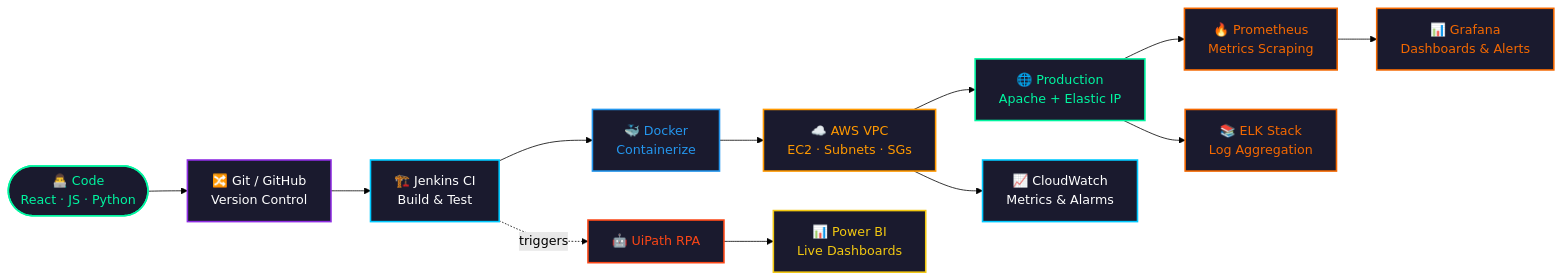
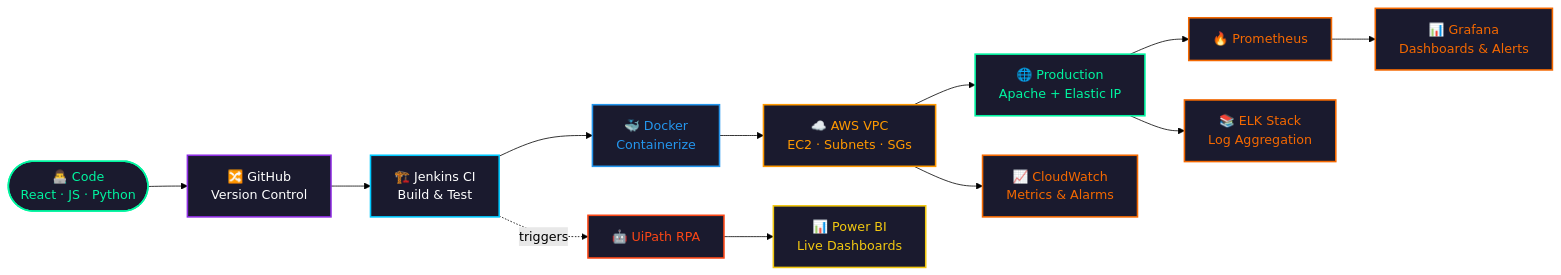
Before and after one commit to psgaikwad2003/psgaikwad2003: the diagram in README.md, drawn with Mermaid (forest theme). The commit also changed other lines of this file, not shown here.

````diff
--- a/README.md
+++ b/README.md
@@ -75,25 +82,22 @@
 ```mermaid
 flowchart LR
-    A(["👨‍💻 Code<br/>React · JS · Python"]):::dev --> B["🔀 Git / GitHub<br/>Version Control"]:::scm
-    B --> C["🏗️ Jenkins CI<br/>Build &amp; Test"]:::ci
+    A(["👨‍💻 Code<br/>React · JS · Python"]):::dev --> B["🔀 GitHub<br/>Version Control"]:::scm
+    B --> C["🏗️ Jenkins CI<br/>Build & Test"]:::ci
     C --> D["🐳 Docker<br/>Containerize"]:::docker
     D --> E["☁️ AWS VPC<br/>EC2 · Subnets · SGs"]:::cloud
     E --> F["🌐 Production<br/>Apache + Elastic IP"]:::prod
-    E --> G["📈 CloudWatch<br/>Metrics &amp; Alarms"]:::mon
-    F --> J["🔥 Prometheus<br/>Metrics Scraping"]:::obs
-    J --> K["📊 Grafana<br/>Dashboards &amp; Alerts"]:::obs
+    E --> G["📈 CloudWatch<br/>Metrics & Alarms"]:::obs
+    F --> J["🔥 Prometheus"]:::obs --> K["📊 Grafana<br/>Dashboards & Alerts"]:::obs
     F --> L["📚 ELK Stack<br/>Log Aggregation"]:::obs
-    H["🤖 UiPath RPA"]:::rpa --> I["📊 Power BI<br/>Live Dashboards"]:::bi
-    C -.triggers.-> H
+    C -.triggers.-> H["🤖 UiPath RPA"]:::rpa --> I["📊 Power BI<br/>Live Dashboards"]:::bi
 
     classDef dev fill:#1a1a2e,stroke:#00F5A0,color:#00F5A0,stroke-width:2px
     classDef scm fill:#1a1a2e,stroke:#8E2DE2,color:#fff,stroke-width:2px
     classDef ci fill:#1a1a2e,stroke:#00C9FF,color:#fff,stroke-width:2px
     classDef docker fill:#1a1a2e,stroke:#2496ED,color:#2496ED,stroke-width:2px
     classDef cloud fill:#1a1a2e,stroke:#FF9900,color:#FF9900,stroke-width:2px
     classDef prod fill:#1a1a2e,stroke:#00F5A0,color:#00F5A0,stroke-width:2px
-    classDef mon fill:#1a1a2e,stroke:#00C9FF,color:#fff,stroke-width:2px
     classDef obs fill:#1a1a2e,stroke:#F46800,color:#F46800,stroke-width:2px
     classDef rpa fill:#1a1a2e,stroke:#FA4616,color:#FA4616,stroke-width:2px
     classDef bi fill:#1a1a2e,stroke:#F2C811,color:#F2C811,stroke-width:2px
 ```
````
